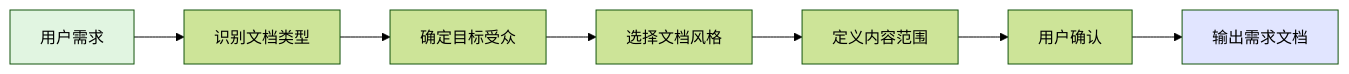
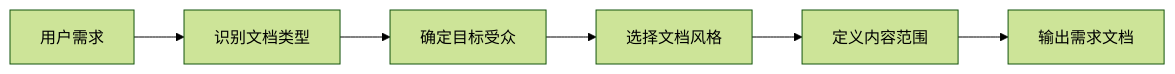
The third of 7 diagrams in agents/doc-writer.md (JIA-ss/agents), drawn with Mermaid (forest theme) before and after one commit. The commit also changed other lines of this file and 4 other files, not shown here.

````diff
--- a/agents/doc-writer.md
+++ b/agents/doc-writer.md
@@ -92,12 +82,8 @@
 ```mermaid
 flowchart LR
     Input[用户需求] --> Identify[识别文档类型]
     Identify --> Audience[确定目标受众]
     Audience --> Style[选择文档风格]
     Style --> Scope[定义内容范围]
-    Scope --> Confirm[用户确认]
-    Confirm --> Output[输出需求文档]
-
-    style Input fill:#e1f5e1
-    style Output fill:#e1e5ff
+    Scope --> Output[输出需求文档]
 ```
````
